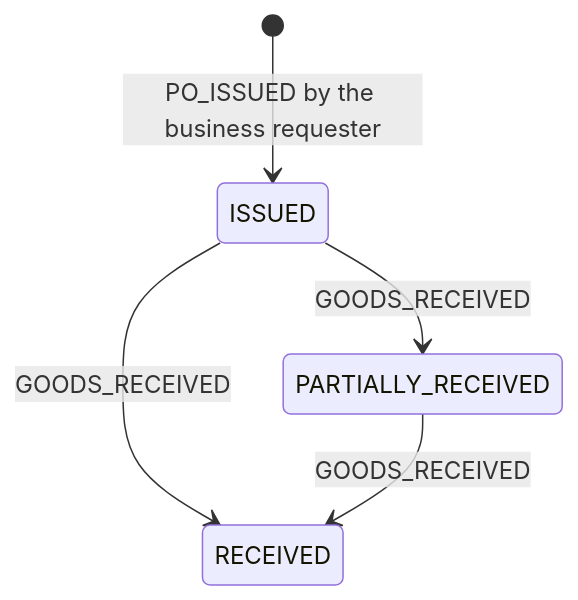
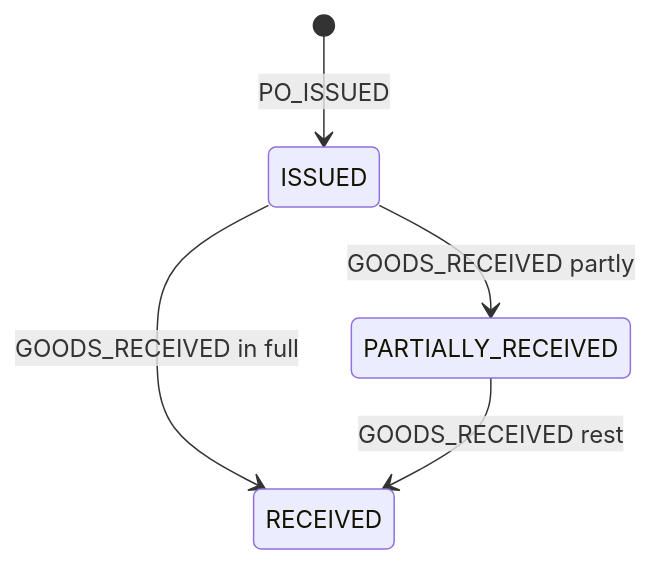
The fourth of 9 diagrams in docs/schema.md (Anurag308d/invoice-ap-automation), drawn with Mermaid before and after one commit. The commit also changed other lines of this file and 27 other files, not shown here.

````diff
--- a/docs/schema.md
+++ b/docs/schema.md
@@ -266,7 +273,7 @@
 ```mermaid
 stateDiagram-v2
-  [*] --> ISSUED: PO_ISSUED by the business requester
-  ISSUED --> PARTIALLY_RECEIVED: GOODS_RECEIVED
-  ISSUED --> RECEIVED: GOODS_RECEIVED
-  PARTIALLY_RECEIVED --> RECEIVED: GOODS_RECEIVED
+  [*] --> ISSUED: PO_ISSUED
+  ISSUED --> PARTIALLY_RECEIVED: GOODS_RECEIVED partly
+  ISSUED --> RECEIVED: GOODS_RECEIVED in full
+  PARTIALLY_RECEIVED --> RECEIVED: GOODS_RECEIVED rest
 ```
````
